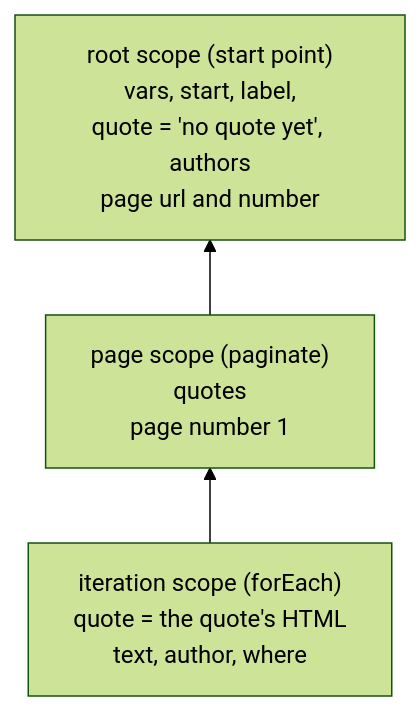
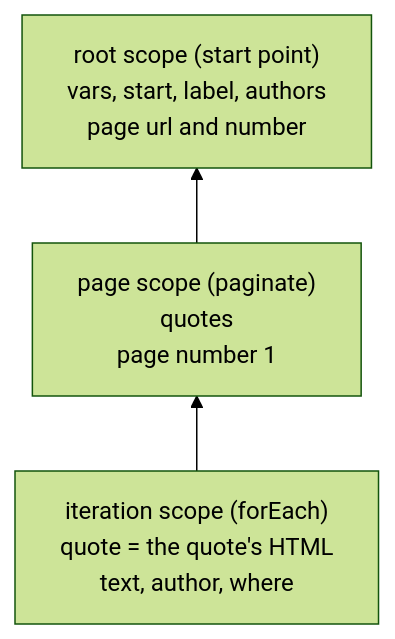
The diagram in docs/how-it-works/05-templates-and-scope.md (Open-Craw/OpenCraw), drawn with Mermaid (forest theme) before and after one commit. The commit also changed other lines of this file and 2 other files, not shown here.

````diff
--- a/docs/how-it-works/05-templates-and-scope.md
+++ b/docs/how-it-works/05-templates-and-scope.md
@@ -62,5 +61,5 @@
 ```mermaid
 flowchart BT
   I["iteration scope (forEach)<br/>quote = the quote's HTML<br/>text, author, where"] --> P["page scope (paginate)<br/>quotes<br/>page number 1"]
-  P --> R["root scope (start point)<br/>vars, start, label,<br/>quote = 'no quote yet', authors<br/>page url and number"]
+  P --> R["root scope (start point)<br/>vars, start, label, authors<br/>page url and number"]
 ```
````
